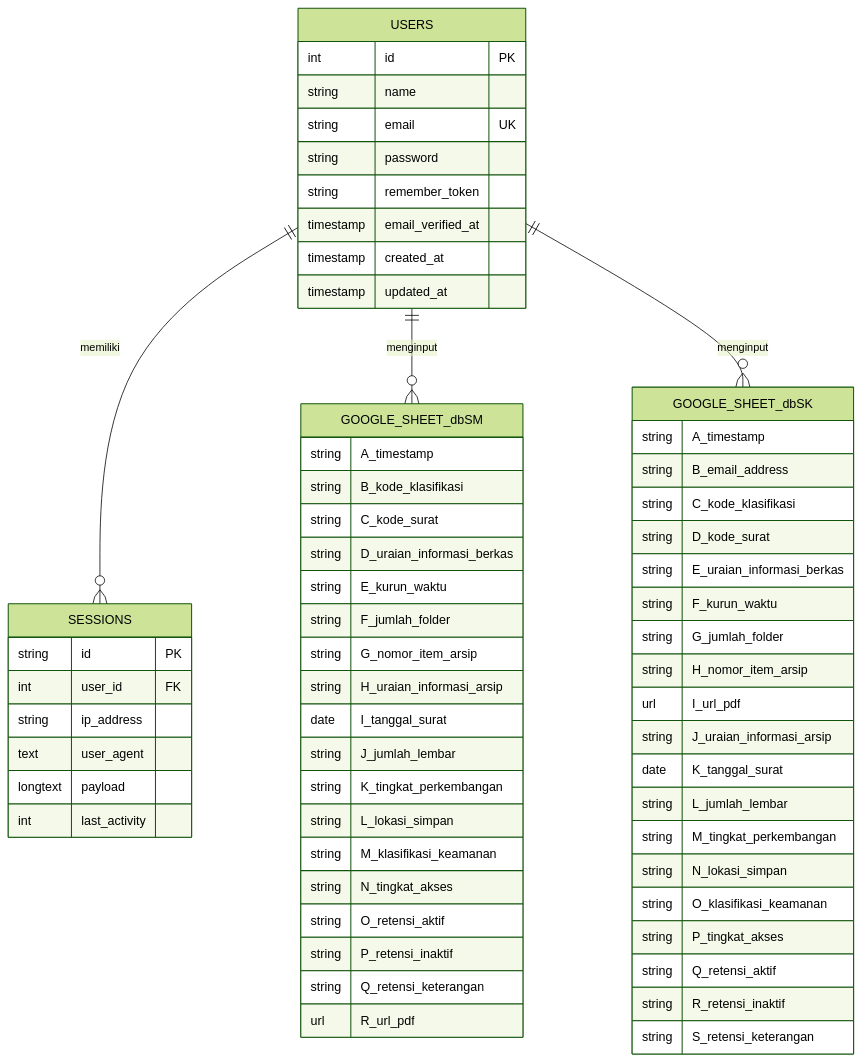
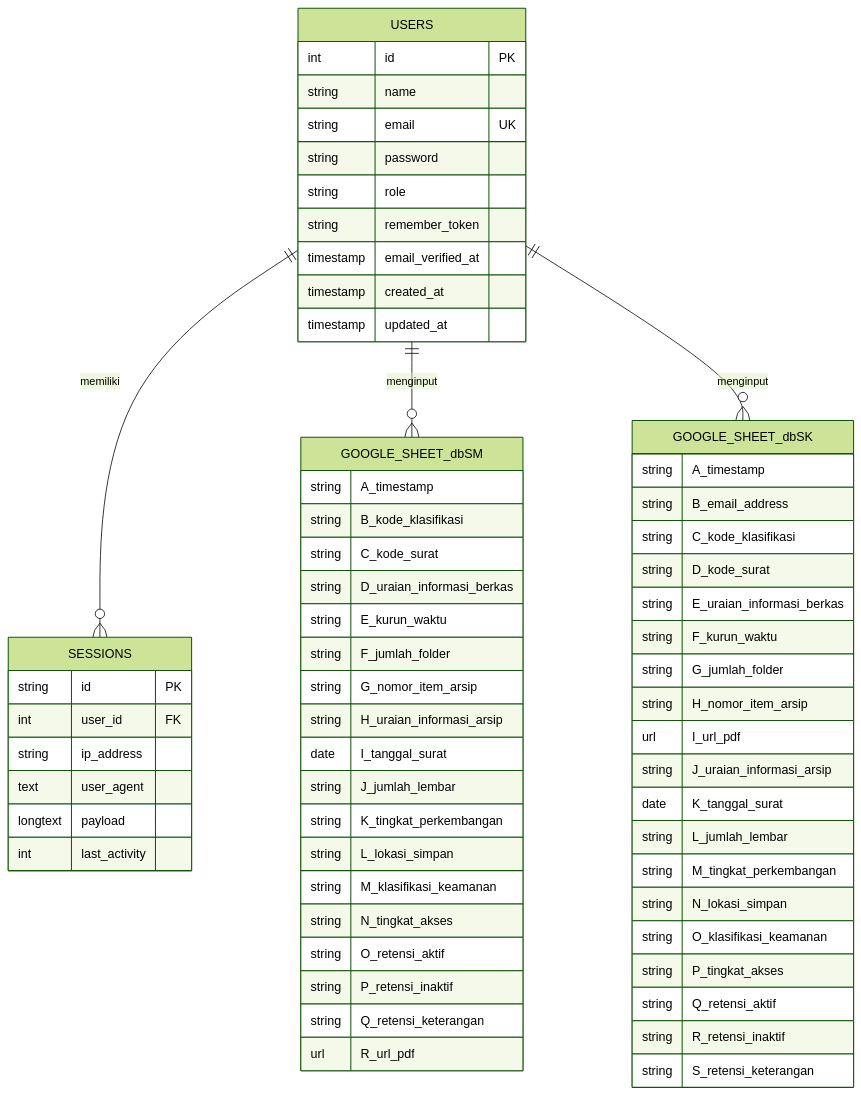
The first of 3 diagrams in README.md (Rpl087/PROJECT-MAGANG), drawn with Mermaid (forest theme) before and after one commit. The commit also changed other lines of this file and 1 other file, not shown here.

````diff
--- a/README.md
+++ b/README.md
@@ -110,69 +141,70 @@
 ```mermaid
 erDiagram
     USERS {
         int id PK
         string name
         string email UK
         string password
+        string role
         string remember_token
         timestamp email_verified_at
         timestamp created_at
         timestamp updated_at
     }
 
     SESSIONS {
         string id PK
         int user_id FK
         string ip_address
         text user_agent
         longtext payload
         int last_activity
     }
 
     GOOGLE_SHEET_dbSM {
         string A_timestamp
         string B_kode_klasifikasi
         string C_kode_surat
         string D_uraian_informasi_berkas
         string E_kurun_waktu
         string F_jumlah_folder
         string G_nomor_item_arsip
         string H_uraian_informasi_arsip
         date   I_tanggal_surat
         string J_jumlah_lembar
         string K_tingkat_perkembangan
         string L_lokasi_simpan
         string M_klasifikasi_keamanan
         string N_tingkat_akses
         string O_retensi_aktif
         string P_retensi_inaktif
         string Q_retensi_keterangan
         url    R_url_pdf
     }
 
     GOOGLE_SHEET_dbSK {
         string A_timestamp
         string B_email_address
         string C_kode_klasifikasi
         string D_kode_surat
         string E_uraian_informasi_berkas
         string F_kurun_waktu
         string G_jumlah_folder
         string H_nomor_item_arsip
         url    I_url_pdf
         string J_uraian_informasi_arsip
         date   K_tanggal_surat
         string L_jumlah_lembar
         string M_tingkat_perkembangan
         string N_lokasi_simpan
         string O_klasifikasi_keamanan
         string P_tingkat_akses
         string Q_retensi_aktif
         string R_retensi_inaktif
         string S_retensi_keterangan
     }
 
     USERS ||--o{ SESSIONS : "memiliki"
     USERS ||--o{ GOOGLE_SHEET_dbSM : "menginput"
     USERS ||--o{ GOOGLE_SHEET_dbSK : "menginput"
 ```
````
